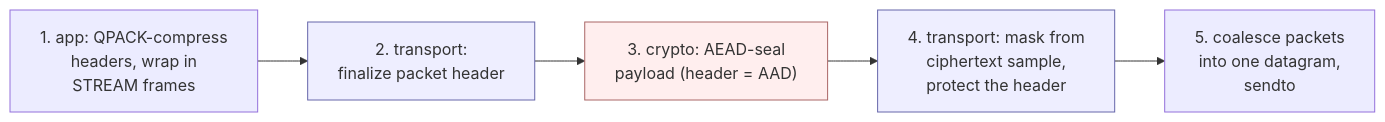
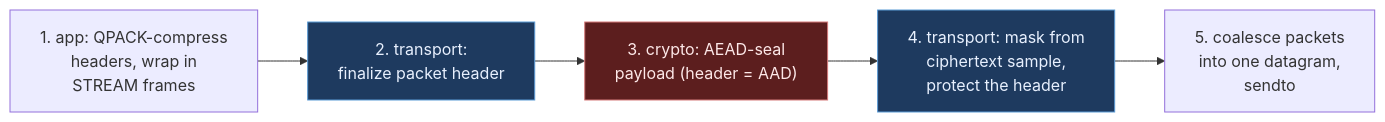
Before and after one commit to Hakkadaikon/wired: the third of 7 diagrams in docs/arch/overview.md, drawn with Mermaid. The commit also changed other lines of this file, not shown here.

First line of the commit message:
docs(arch): switch mermaid node styling to dark fills with light text

````diff
--- a/docs/arch/overview.md
+++ b/docs/arch/overview.md
@@ -79,11 +79,11 @@
 ```mermaid
 flowchart LR
     a1["1. app: QPACK-compress\nheaders, wrap in\nSTREAM frames"] --> a2["2. transport:\nfinalize packet header"]
     a2 --> a3["3. crypto: AEAD-seal\npayload (header = AAD)"]
     a3 --> a4["4. transport: mask from\nciphertext sample,\nprotect the header"]
     a4 --> a5["5. coalesce packets\ninto one datagram,\nsendto"]
 
-    style a2 fill:#eef,stroke:#66a
-    style a4 fill:#eef,stroke:#66a
-    style a3 fill:#fee,stroke:#a66
+    style a2 fill:#1e3a5f,stroke:#5b9bd5,color:#e8f0fe
+    style a4 fill:#1e3a5f,stroke:#5b9bd5,color:#e8f0fe
+    style a3 fill:#5c1e1e,stroke:#d57a7a,color:#fde8e8
 ```
````
